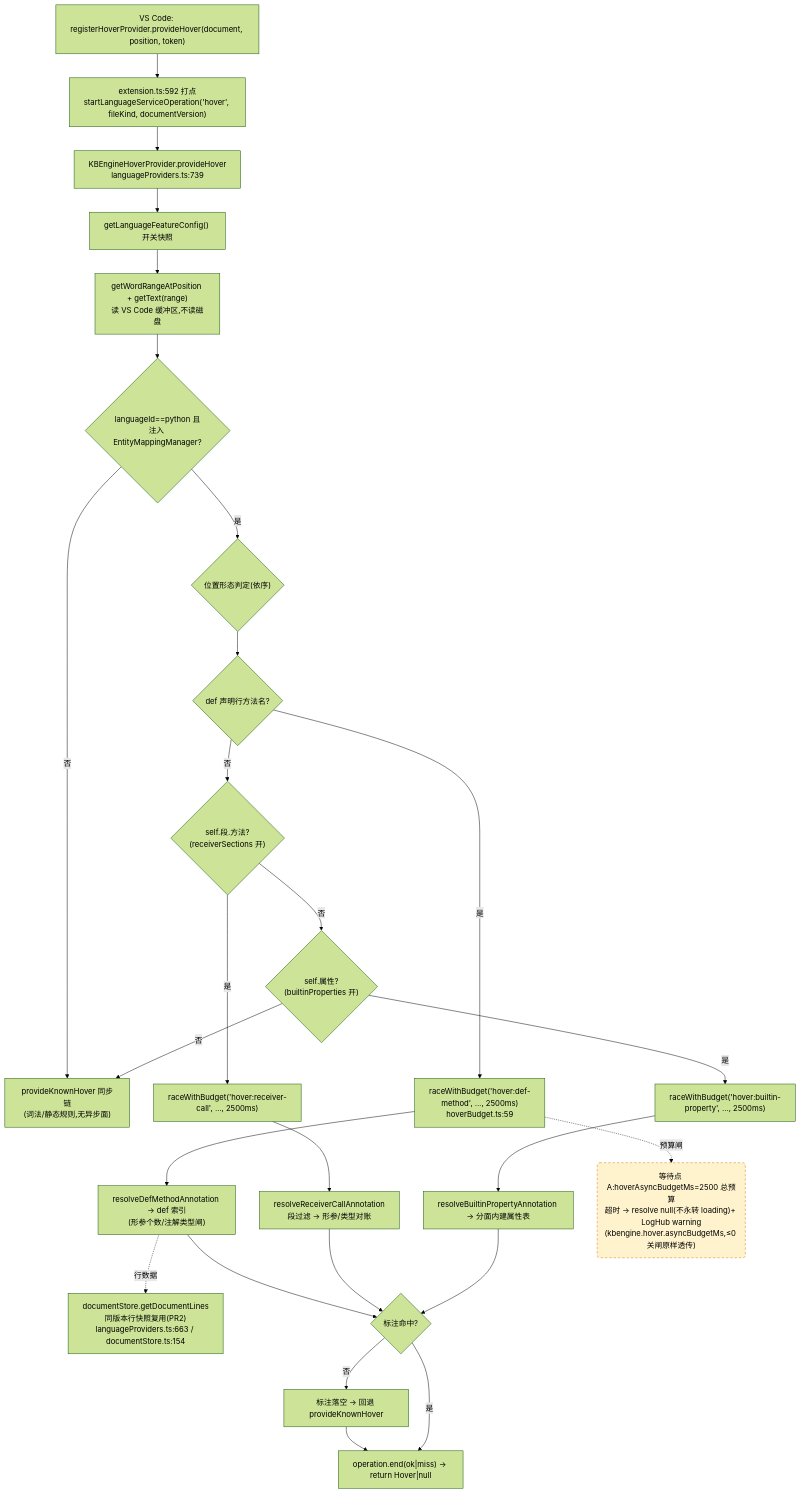
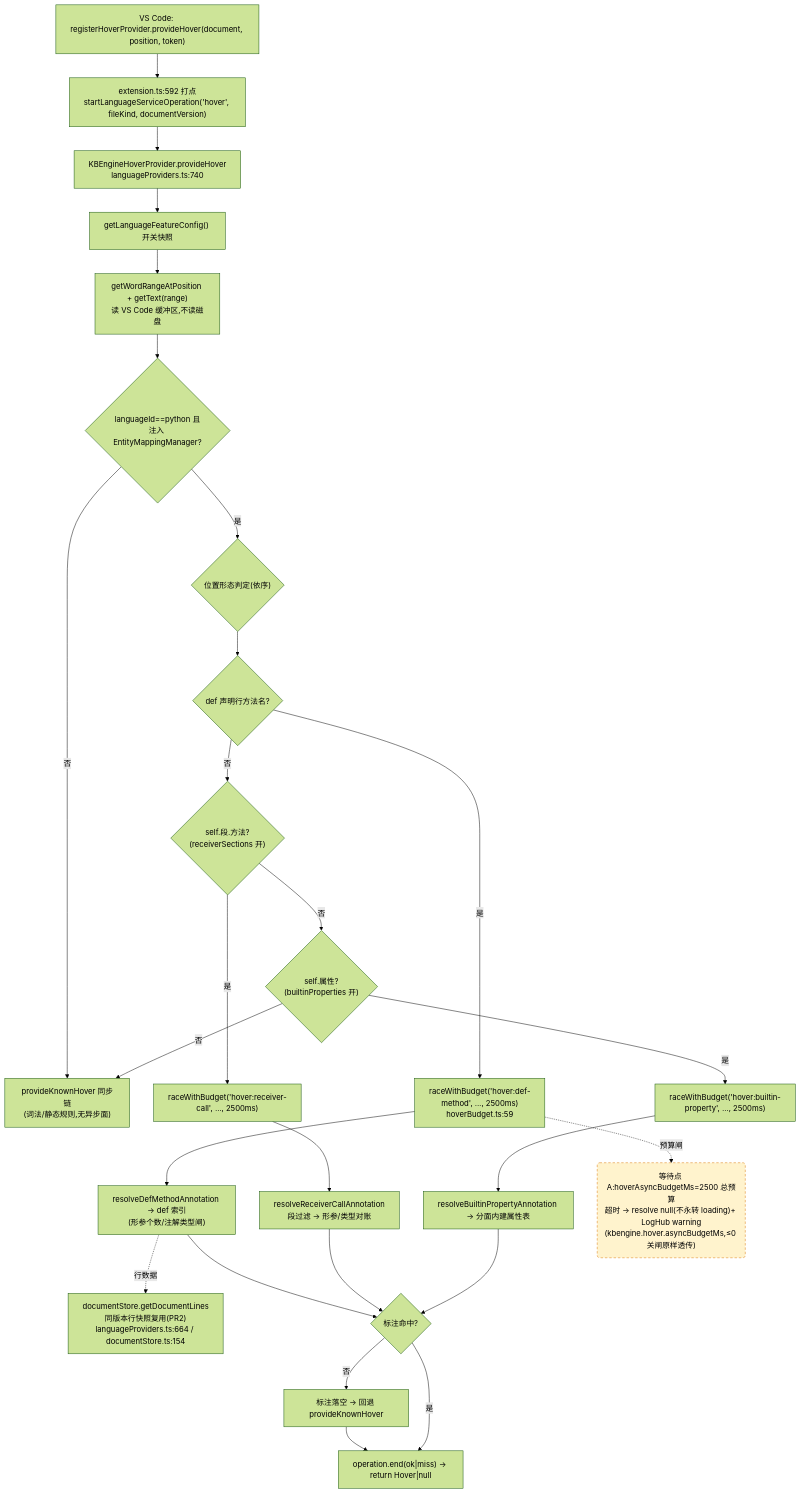
One commit to cuihairu/kode changed the first of 4 diagrams in docs/perf/2026-baseline.md. Above: the diagram before and after it, drawn with Mermaid (forest theme). The commit also changed other lines of this file and 6 other files, not shown here.

````diff
--- a/docs/perf/2026-baseline.md
+++ b/docs/perf/2026-baseline.md
@@ -82,45 +82,45 @@
 ```mermaid
 flowchart TD
   VC1["VS Code: registerHoverProvider.provideHover(document, position, token)"]
   M1["extension.ts:592 打点<br/>startLanguageServiceOperation('hover', fileKind, documentVersion)"]
-  HP["KBEngineHoverProvider.provideHover<br/>languageProviders.ts:739"]
+  HP["KBEngineHoverProvider.provideHover<br/>languageProviders.ts:740"]
   CFG["getLanguageFeatureConfig() 开关快照"]
   WORD["getWordRangeAtPosition + getText(range)<br/>读 VS Code 缓冲区,不读磁盘"]
   BR{"languageId==python 且<br/>注入 EntityMappingManager?"}
   KN["provideKnownHover 同步链<br/>(词法/静态规则,无异步面)"]
   POS{"位置形态判定(依序)"}
   D1{"def 声明行方法名?"}
   D2{"self.段.方法?<br/>(receiverSections 开)"}
   D3{"self.属性?<br/>(builtinProperties 开)"}
   RA1["raceWithBudget('hover:def-method', …, 2500ms)<br/>hoverBudget.ts:59"]
   RA2["raceWithBudget('hover:receiver-call', …, 2500ms)"]
   RA3["raceWithBudget('hover:builtin-property', …, 2500ms)"]
   RS1["resolveDefMethodAnnotation → def 索引<br/>(形参个数/注解类型闸)"]
   RS2["resolveReceiverCallAnnotation<br/>段过滤 → 形参/类型对账"]
   RS3["resolveBuiltinPropertyAnnotation → 分面内建属性表"]
-  LINES["documentStore.getDocumentLines<br/>同版本行快照复用(PR2)<br/>languageProviders.ts:663 / documentStore.ts:154"]
+  LINES["documentStore.getDocumentLines<br/>同版本行快照复用(PR2)<br/>languageProviders.ts:664 / documentStore.ts:154"]
   MISS["标注落空 → 回退 provideKnownHover"]
   END1["operation.end(ok|miss) → return Hover|null"]
 
   VC1 --> M1 --> HP --> CFG --> WORD --> BR
   BR -- "否" --> KN
   BR -- "是" --> POS --> D1
   D1 -- "是" --> RA1 --> RS1
   D1 -- "否" --> D2
   D2 -- "是" --> RA2 --> RS2
   D2 -- "否" --> D3
   D3 -- "是" --> RA3 --> RS3
   D3 -- "否" --> KN
   RS1 --> HIT{"标注命中?"}
   RS2 --> HIT
   RS3 --> HIT
   RS1 -.->|行数据| LINES
   HIT -- "否" --> MISS --> END1
   HIT -- "是" --> END1
 
   WAITA("等待点 A:hoverAsyncBudgetMs=2500 总预算<br/>超时 → resolve null(不永转 loading)+ LogHub warning<br/>(kbengine.hover.asyncBudgetMs,≤0 关闸原样透传)")
   RA1 -.->|预算闸| WAITA
 
   classDef waitPoint fill:#fff3cd,stroke:#d97706,stroke-dasharray:5 4;
   class WAITA waitPoint;
 ```
````
